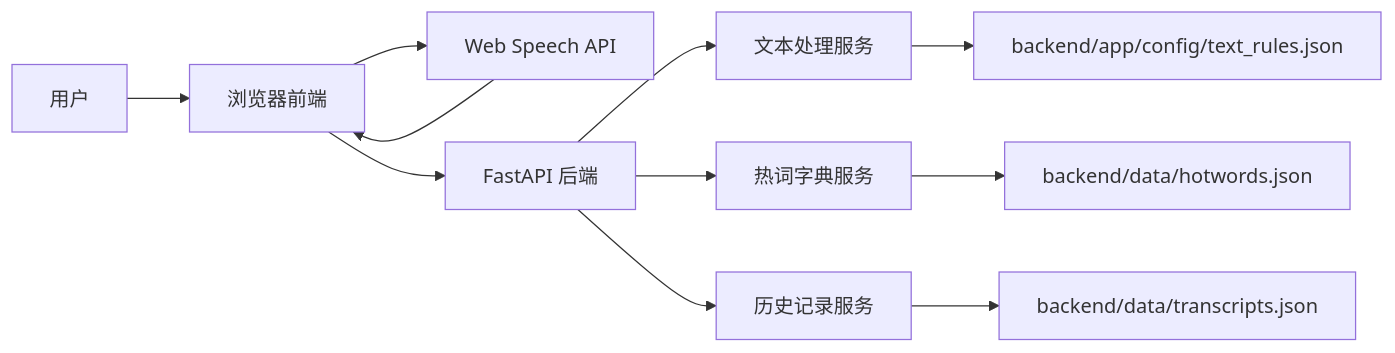
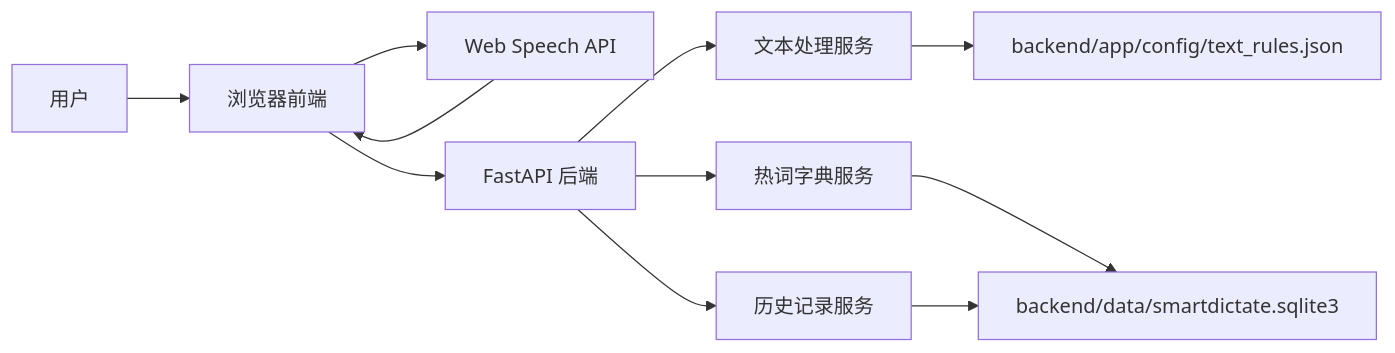
The diagram in docs/architecture.md (rainkaze/SmartDictate), drawn with Mermaid before and after one commit. The commit also changed other lines of this file and 3 other files, not shown here.

````diff
--- a/docs/architecture.md
+++ b/docs/architecture.md
@@ -7,13 +7,13 @@
 ```mermaid
 flowchart LR
     User["用户"] --> Browser["浏览器前端"]
     Browser --> Speech["Web Speech API"]
     Speech --> Browser
     Browser --> API["FastAPI 后端"]
     API --> Processor["文本处理服务"]
     API --> Hotwords["热词字典服务"]
     API --> History["历史记录服务"]
-    Hotwords --> HotwordFile["backend/data/hotwords.json"]
-    History --> HistoryFile["backend/data/transcripts.json"]
+    Hotwords --> Database["backend/data/smartdictate.sqlite3"]
+    History --> Database
     Processor --> Rules["backend/app/config/text_rules.json"]
 ```
````
